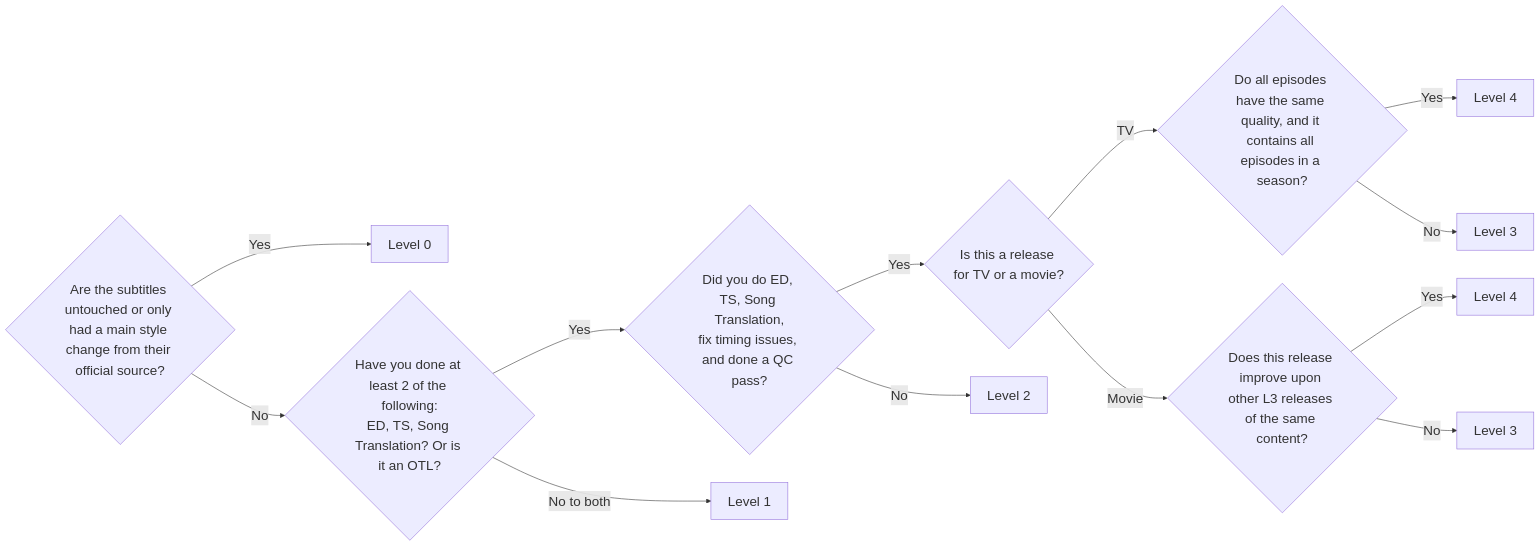
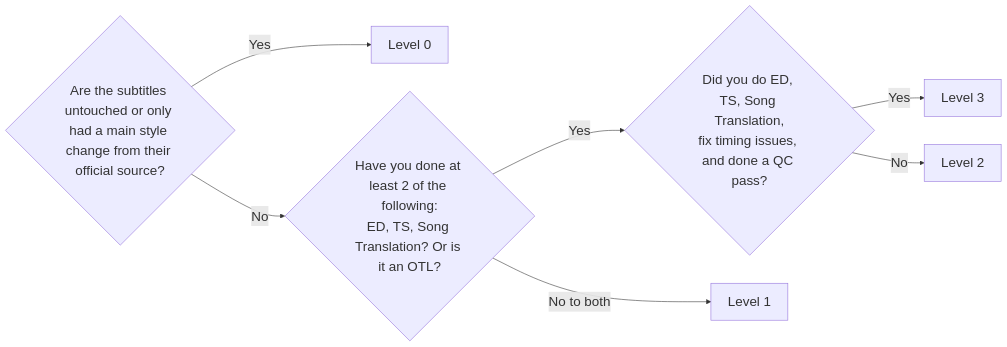
One commit to nekoBT/wiki changed the diagram in Info/sub levels.md. Above: the diagram before and after it, drawn with Mermaid. The commit also changed other lines of this file and 3 other files, not shown here.

````diff
--- a/Info/sub levels.md
+++ b/Info/sub levels.md
@@ -50,21 +42,15 @@
 ```mermaid
 ---
 config:
     themeVariables:
         fontSize: '24px'
         backgroundColor: 'transparent'
 ---
 graph LR
     A{Are the subtitles untouched or only had a main style change from their official source?} -->|Yes| B[Level 0]
     A -->|No| C{Have you done at least 2 of the following:<br>ED, TS, Song Translation? Or is it an OTL?}
     C -->|Yes| E{Did you do ED, TS, Song Translation,<br>fix timing issues, and done a QC pass?}
     C -->|No to both| D[Level 1]
-    E -->|Yes| G{Is this a release for TV or a movie?}
+    E -->|Yes| G[Level 3]
     E -->|No| F[Level 2]
-    G -->|TV| I{Do all episodes have the same quality, and it contains all episodes in a season?}
-    I -->|Yes| K[Level 4]
-    I -->|No| J[Level 3]
-    G -->|Movie| H{Does this release improve upon other L3 releases of the same content?}
-    H -->|Yes| L[Level 4]
-    H -->|No| M[Level 3]
 ```
````
